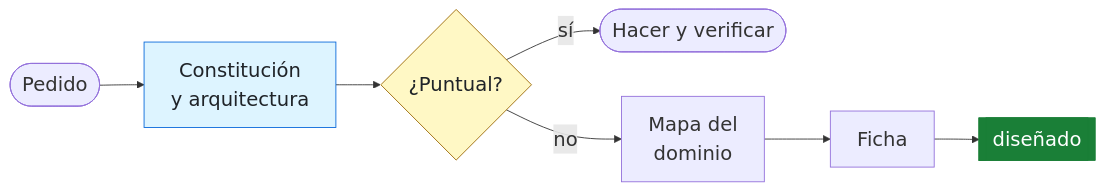
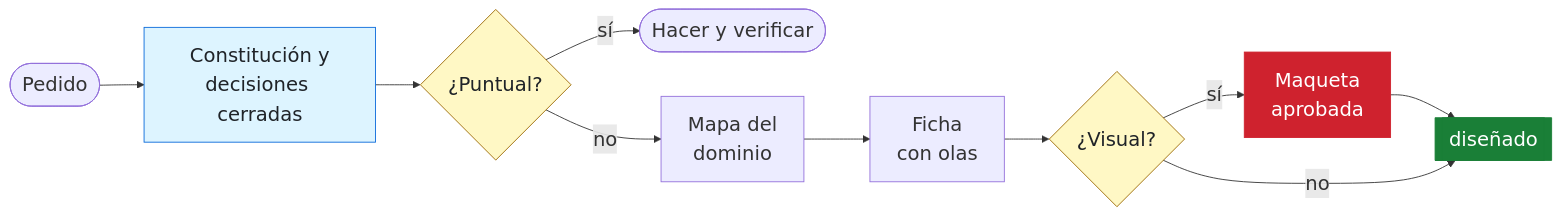
Before and after one commit to arielelevy/fdd: the first of 2 diagrams in README.md, drawn with Mermaid. The commit also changed other lines of this file and 1 other file, not shown here.

````diff
--- a/README.md
+++ b/README.md
@@ -96,17 +107,22 @@
 ```mermaid
 %%{init: {"themeVariables": {"fontSize": "22px"}}}%%
 flowchart LR
-    A(["Pedido"]) --> K["Constitución<br/>y arquitectura"]
+    A(["Pedido"]) --> K["Constitución y<br/>decisiones cerradas"]
     K --> B{"¿Puntual?"}
     B -- "sí" --> C(["Hacer y verificar"])
     B -- "no" --> D["Mapa del<br/>dominio"]
-    D --> E["Ficha"]
-    E --> F[["diseñado"]]
+    D --> E["Ficha<br/>con olas"]
+    E --> V{"¿Visual?"}
+    V -- "sí" --> M["Maqueta<br/>aprobada"]
+    M --> F[["diseñado"]]
+    V -- "no" --> F
 
     classDef hito fill:#1a7f37,stroke:#1a7f37,color:#ffffff
     classDef decision fill:#fff8c5,stroke:#9a6700,color:#1f2328
+    classDef regla fill:#ddf4ff,stroke:#0969da,color:#1f2328
+    classDef humano fill:#cf222e,stroke:#cf222e,color:#ffffff
     class F hito
-    classDef regla fill:#ddf4ff,stroke:#0969da,color:#1f2328
     class K regla
-    class B decision
+    class B,V decision
+    class M humano
 ```
````
